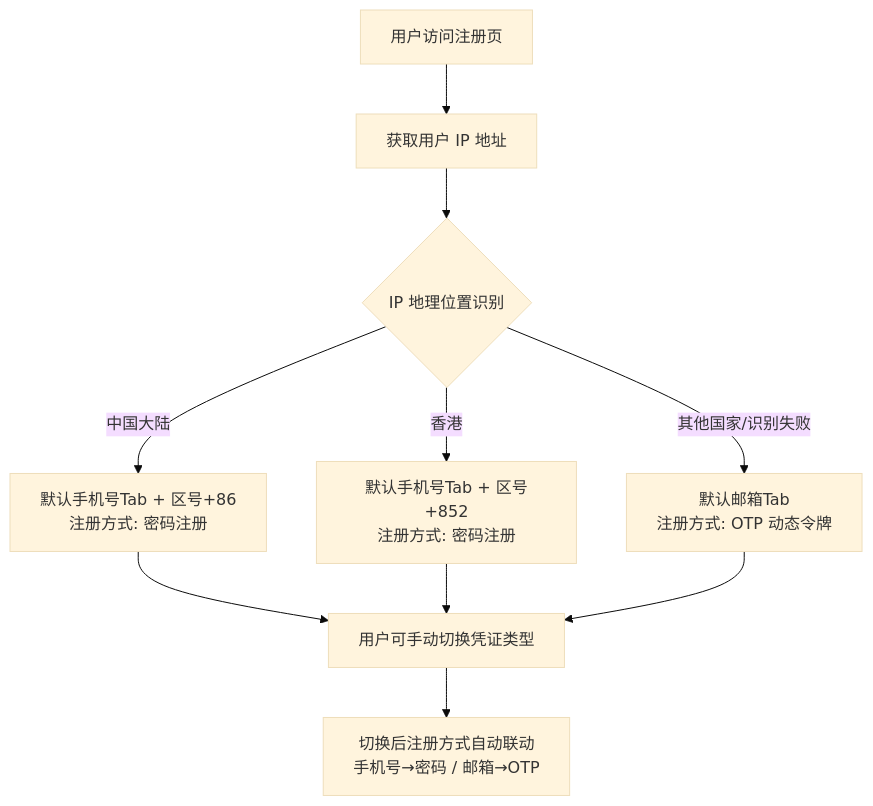
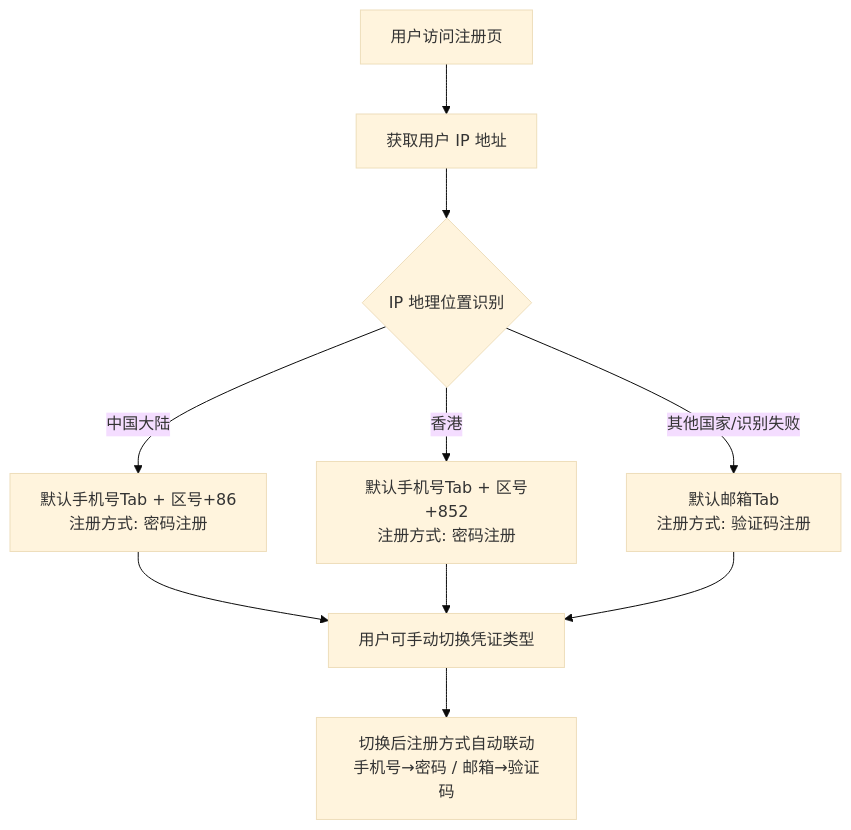
One commit to xiaoxiaoangie/EX-NEW changed the fourth of 26 diagrams in SigninLogin/prd/MP-register.md. Above: the diagram before and after it, drawn with Mermaid (base theme). The commit also changed other lines of this file and 14 other files, not shown here.

````diff
--- a/SigninLogin/prd/MP-register.md
+++ b/SigninLogin/prd/MP-register.md
@@ -203,12 +188,12 @@
 ```mermaid
 flowchart TD
     A[用户访问注册页] --> B[获取用户 IP 地址]
     B --> C{IP 地理位置识别}
     C -->|中国大陆| D1[默认手机号Tab + 区号+86<br/>注册方式: 密码注册]
     C -->|香港| D2[默认手机号Tab + 区号+852<br/>注册方式: 密码注册]
-    C -->|其他国家/识别失败| D3[默认邮箱Tab<br/>注册方式: OTP 动态令牌]
+    C -->|其他国家/识别失败| D3[默认邮箱Tab<br/>注册方式: 验证码注册]
     D1 --> E[用户可手动切换凭证类型]
     D2 --> E
     D3 --> E
-    E --> F[切换后注册方式自动联动<br/>手机号→密码 / 邮箱→OTP]
+    E --> F[切换后注册方式自动联动<br/>手机号→密码 / 邮箱→验证码]
 ```
````
